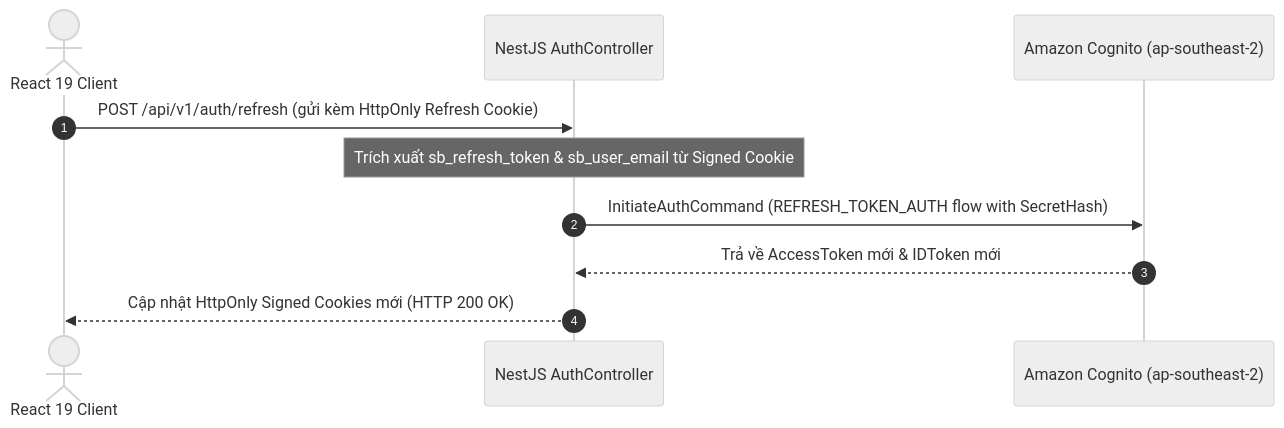
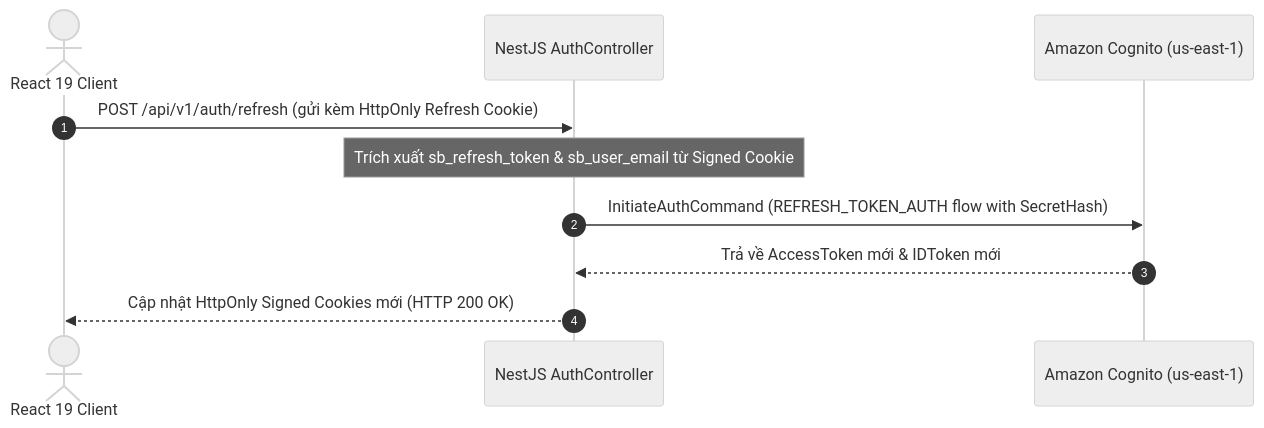
The diagram in content/3-BlogsPosted/3.3-Blog3/_index.vi.md (KelvinPhans/fcj-workshop), drawn with Mermaid (neutral theme) before and after one commit. The commit also changed other lines of this file and 65 other files, not shown here.

````diff
--- a/content/3-BlogsPosted/3.3-Blog3/_index.vi.md
+++ b/content/3-BlogsPosted/3.3-Blog3/_index.vi.md
@@ -58,13 +58,13 @@
 ```mermaid
 sequenceDiagram
     autonumber
     actor User as React 19 Client
     participant BE as NestJS AuthController
-    participant Cog as Amazon Cognito (ap-southeast-2)
+    participant Cog as Amazon Cognito (us-east-1)
 
     User->>BE: POST /api/v1/auth/refresh (gửi kèm HttpOnly Refresh Cookie)
     Note over BE: Trích xuất sb_refresh_token & sb_user_email từ Signed Cookie
     BE->>Cog: InitiateAuthCommand (REFRESH_TOKEN_AUTH flow with SecretHash)
     Cog-->>BE: Trả về AccessToken mới & IDToken mới
     BE-->>User: Cập nhật HttpOnly Signed Cookies mới (HTTP 200 OK)
 ```
````
